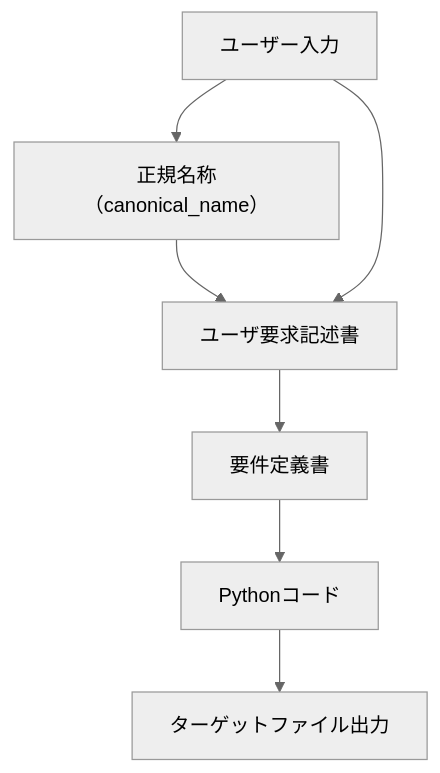
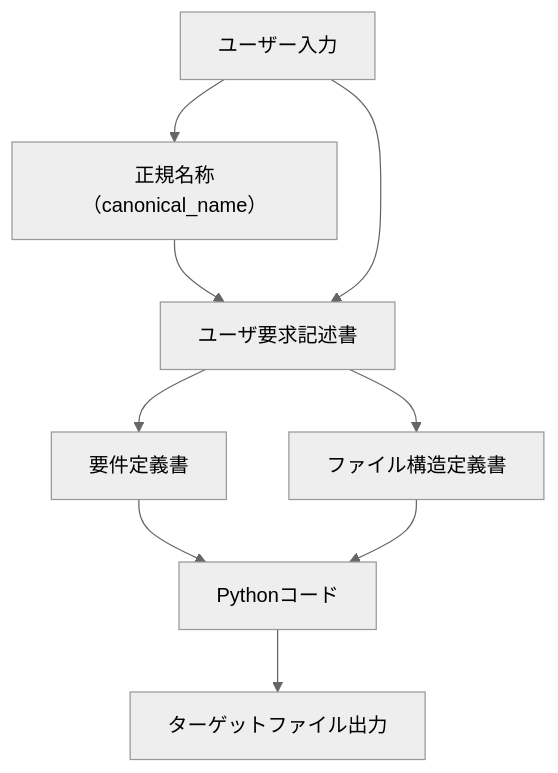
Before and after one commit to nobu007/zoltraak_auto: the diagram in ARCHITECTURE.md, drawn with Mermaid (neutral theme). The commit also changed other lines of this file, not shown here.

Commit message:
docs: ARCHITECTURE.mdにコアロジックを追記

````diff
--- a/ARCHITECTURE.md
+++ b/ARCHITECTURE.md
@@ -5,9 +5,11 @@
 ```mermaid
 flowchart TD
     A[ユーザー入力] --> X[正規名称（canonical_name）]
     X --> B[ユーザ要求記述書]
     A --> B
     B --> C[要件定義書]
+    B --> Y[ファイル構造定義書]
     C --> D[Pythonコード]
+    Y --> D
     D --> E[ターゲットファイル出力]
 ```
````
